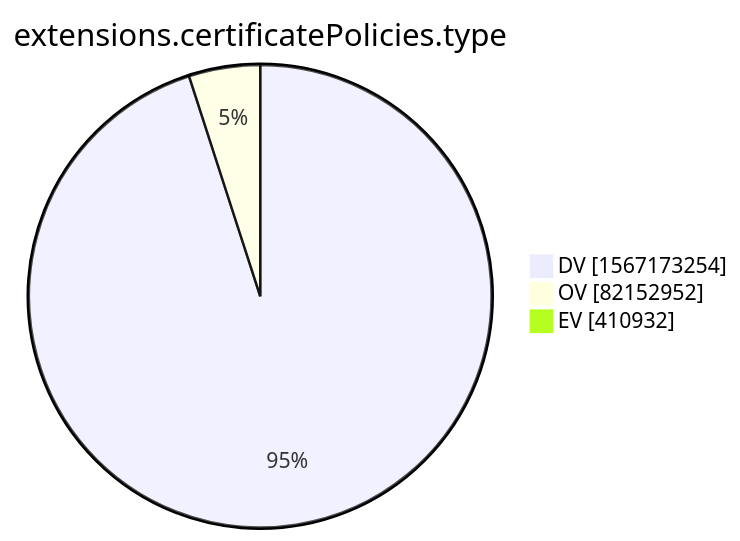
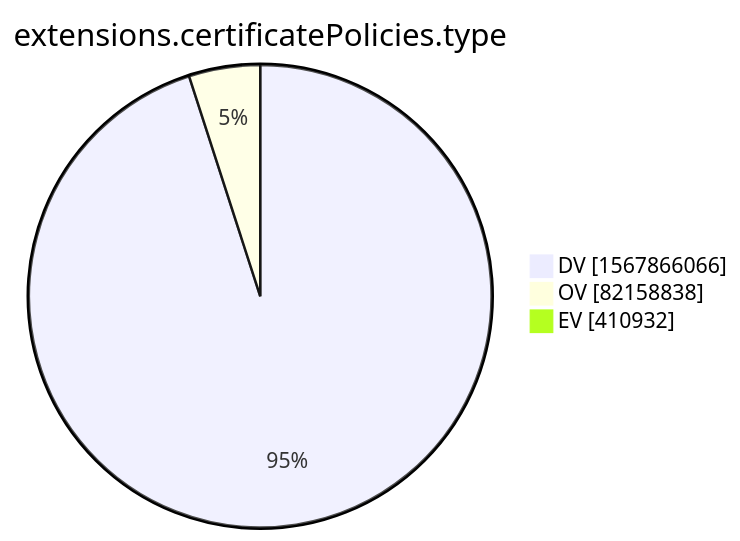
The tenth of 15 diagrams in xenon2022/README.md (christiankrug/ctmonitor_visualization), drawn with Mermaid before and after one commit. The commit also changed other lines of this file, not shown here.

````diff
--- a/xenon2022/README.md
+++ b/xenon2022/README.md
@@ -2876,7 +2876,7 @@
 ```mermaid
 pie showData
 title extensions.certificatePolicies.type
-"DV" :1567173254
-"OV" :82152952
+"DV" :1567866066
+"OV" :82158838
 "EV" :410932
 ```
````
